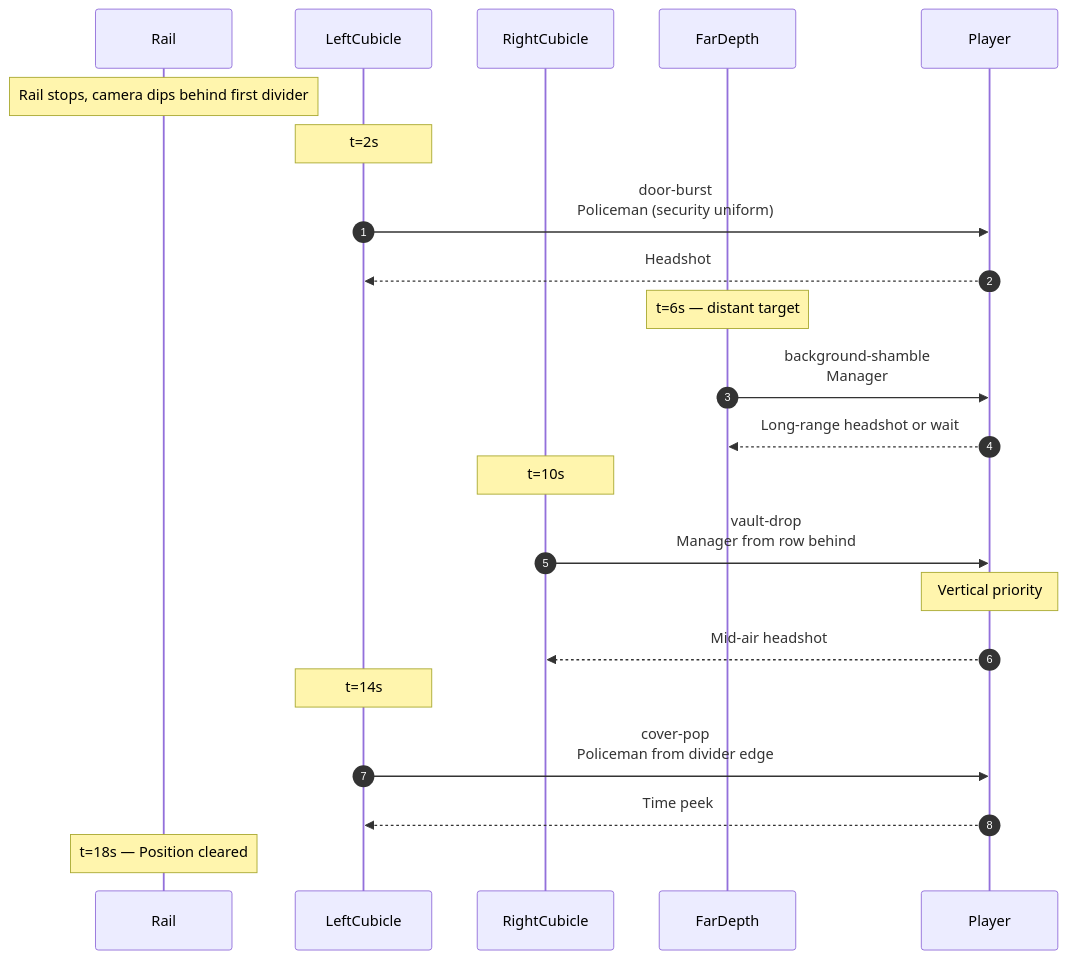
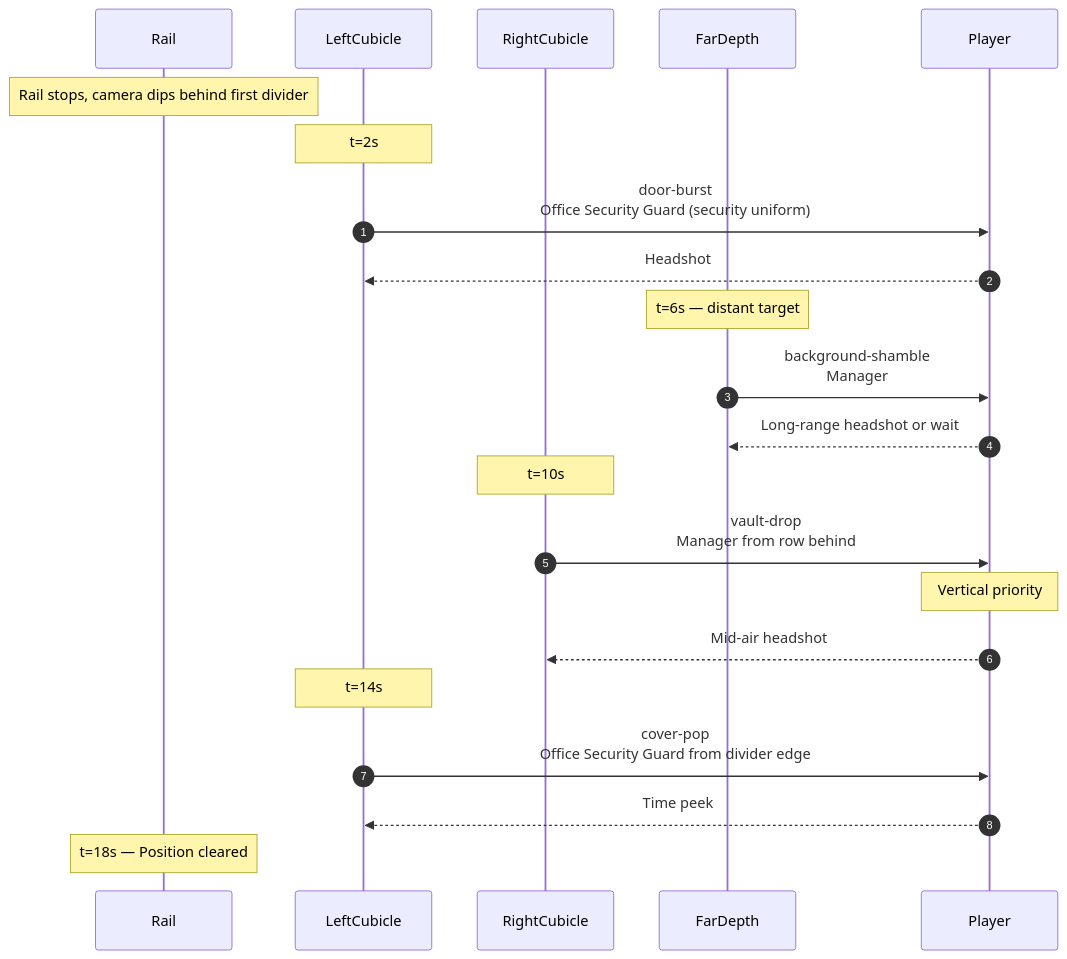
Before and after one commit to arcade-cabinet/department-of-redundancy-department: the second of 4 diagrams in docs/spec/levels/03-open-plan.md, drawn with Mermaid. The commit also changed other lines of this file and 14 other files, not shown here.

First line of the commit message:
refactor(lore): repurpose policeman → office security guard, swat → head of security

````diff
--- a/docs/spec/levels/03-open-plan.md
+++ b/docs/spec/levels/03-open-plan.md
@@ -63,30 +63,30 @@
 ```mermaid
 sequenceDiagram
     autonumber
     participant Rail
     participant LeftCubicle
     participant RightCubicle
     participant FarDepth
     participant Player
 
     Note over Rail: Rail stops, camera dips behind first divider
 
     Note over LeftCubicle: t=2s
-    LeftCubicle->>Player: door-burst<br/>Policeman (security uniform)
+    LeftCubicle->>Player: door-burst<br/>Office Security Guard (security uniform)
     Player-->>LeftCubicle: Headshot
 
     Note over FarDepth: t=6s — distant target
     FarDepth->>Player: background-shamble<br/>Manager
     Player-->>FarDepth: Long-range headshot or wait
 
     Note over RightCubicle: t=10s
     RightCubicle->>Player: vault-drop<br/>Manager from row behind
     Note over Player: Vertical priority
     Player-->>RightCubicle: Mid-air headshot
 
     Note over LeftCubicle: t=14s
-    LeftCubicle->>Player: cover-pop<br/>Policeman from divider edge
+    LeftCubicle->>Player: cover-pop<br/>Office Security Guard from divider edge
     Player-->>LeftCubicle: Time peek
 
     Note over Rail: t=18s — Position cleared
 ```
````
